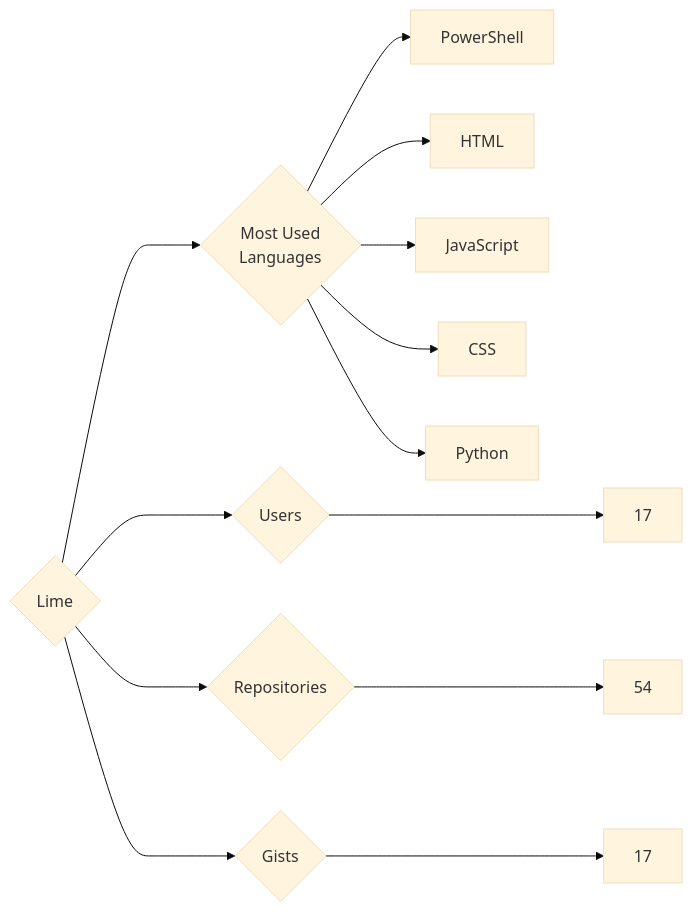
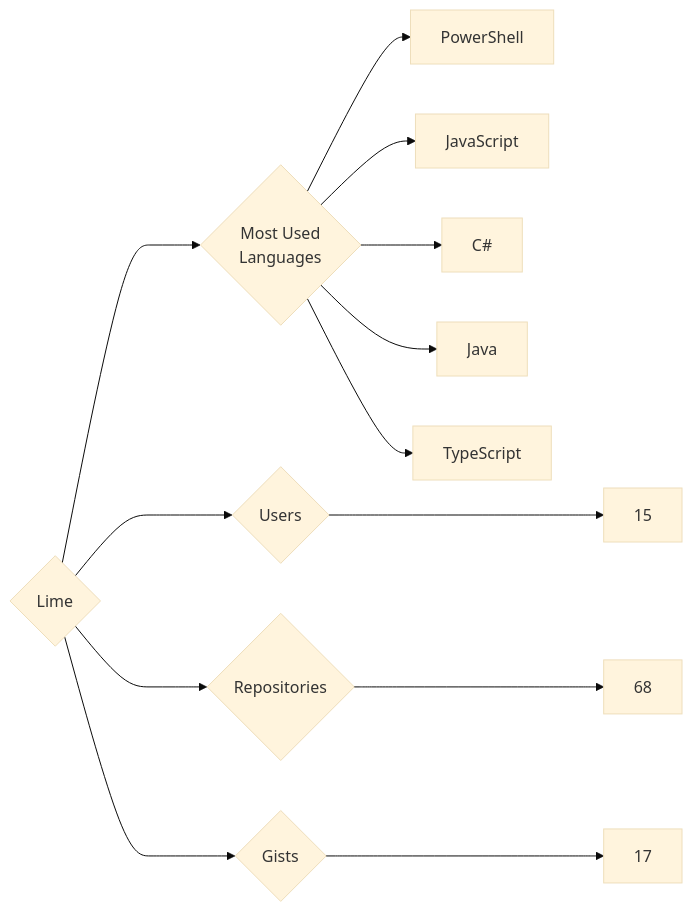
The diagram in targets/Lime/README.md (trickest/insiders), drawn with Mermaid (base theme) before and after one commit. The commit also changed 888 other files, not shown here.

````diff
--- a/targets/Lime/README.md
+++ b/targets/Lime/README.md
@@ -3,13 +3,13 @@
 ```mermaid
 graph LR
 COMPANY_NAME{Lime}
-COMPANY_NAME ---> U{Users} ---> UN[17]
-COMPANY_NAME ---> R{Repositories} ---> RN[54]
+COMPANY_NAME ---> U{Users} ---> UN[15]
+COMPANY_NAME ---> R{Repositories} ---> RN[68]
 COMPANY_NAME ---> G{Gists} ---> GN[17]
 COMPANY_NAME ---> ML{Most Used<br>Languages}
 ML --> PowerShell[PowerShell]
-ML --> HTML[HTML]
 ML --> JavaScript[JavaScript]
-ML --> CSS[CSS]
-ML --> Python[Python]
+ML --> C#[C#]
+ML --> Java[Java]
+ML --> TypeScript[TypeScript]
 ```
````
